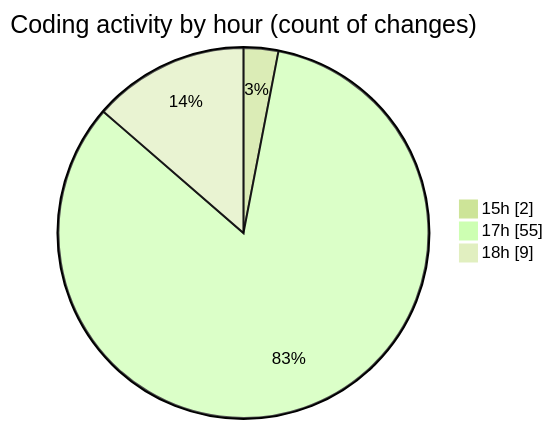
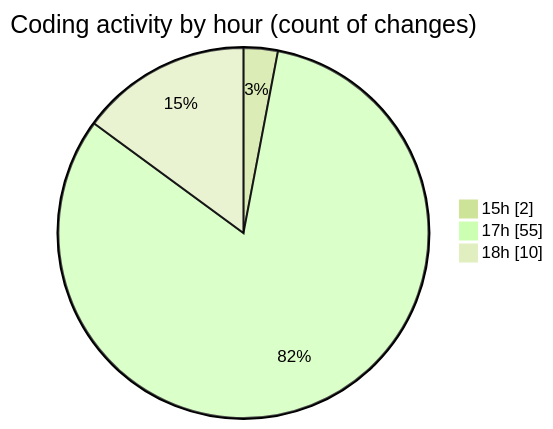
One commit to momahboobian/code-tracking changed the second of 2 diagrams in 2025-05-06/samplepdf/README.md. Above: the diagram before and after it, drawn with Mermaid (forest theme). The commit also changed other lines of this file and 1 other file, not shown here.

````diff
--- a/2025-05-06/samplepdf/README.md
+++ b/2025-05-06/samplepdf/README.md
@@ -46,7 +46,7 @@
 ```mermaid
 pie showData
 title Coding activity by hour (count of changes)
 "15h" : 2
 "17h" : 55
-"18h" : 9
+"18h" : 10
 ```
````
